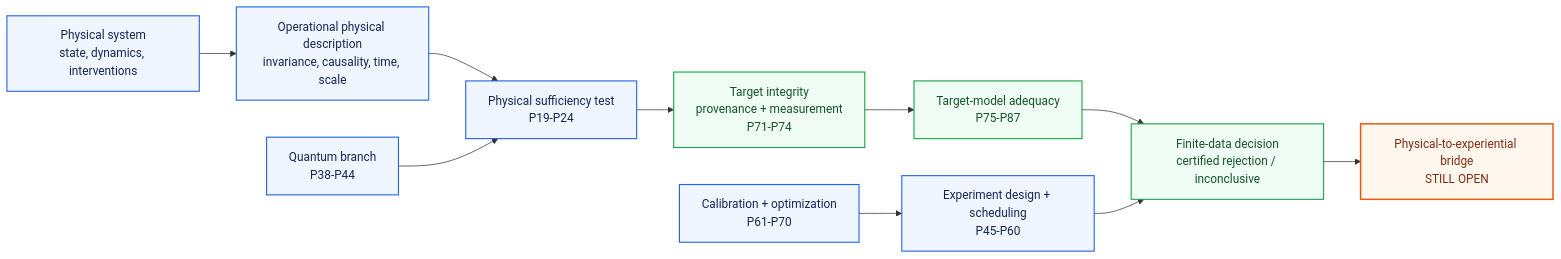
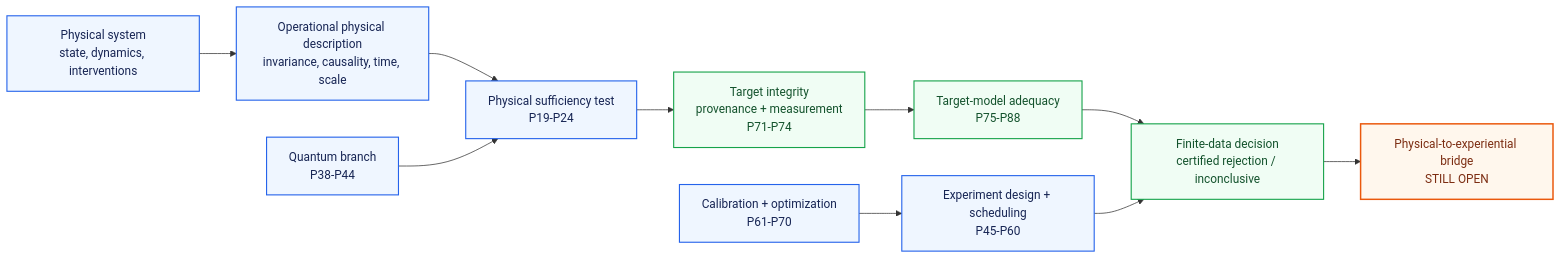
One commit to MahsaKeikha/mathematical-consciousness-bridge changed the diagram in START_HERE.md. Above: the diagram before and after it, drawn with Mermaid. The commit also changed other lines of this file and 30 other files, not shown here.

````diff
--- a/START_HERE.md
+++ b/START_HERE.md
@@ -19,20 +19,20 @@
 ```mermaid
 flowchart LR
     A[Physical system\nstate, dynamics, interventions] --> B[Operational physical description\ninvariance, causality, time, scale]
     B --> C[Physical sufficiency test\nP19-P24]
     C --> D[Target integrity\nprovenance + measurement\nP71-P74]
-    D --> E[Target-model adequacy\nP75-P87]
+    D --> E[Target-model adequacy\nP75-P88]
     E --> F[Finite-data decision\ncertified rejection / inconclusive]
     F --> G[Physical-to-experiential bridge\nSTILL OPEN]
 
     H[Quantum branch\nP38-P44] --> C
     I[Experiment design + scheduling\nP45-P60] --> F
     J[Calibration + optimization\nP61-P70] --> I
 
     classDef open fill:#fff7ed,stroke:#ea580c,stroke-width:2px,color:#7c2d12;
     classDef core fill:#eff6ff,stroke:#2563eb,stroke-width:1.5px,color:#172554;
     classDef target fill:#f0fdf4,stroke:#16a34a,stroke-width:1.5px,color:#14532d;
     class A,B,C,H,I,J core;
     class D,E,F target;
     class G open;
 ```
````
